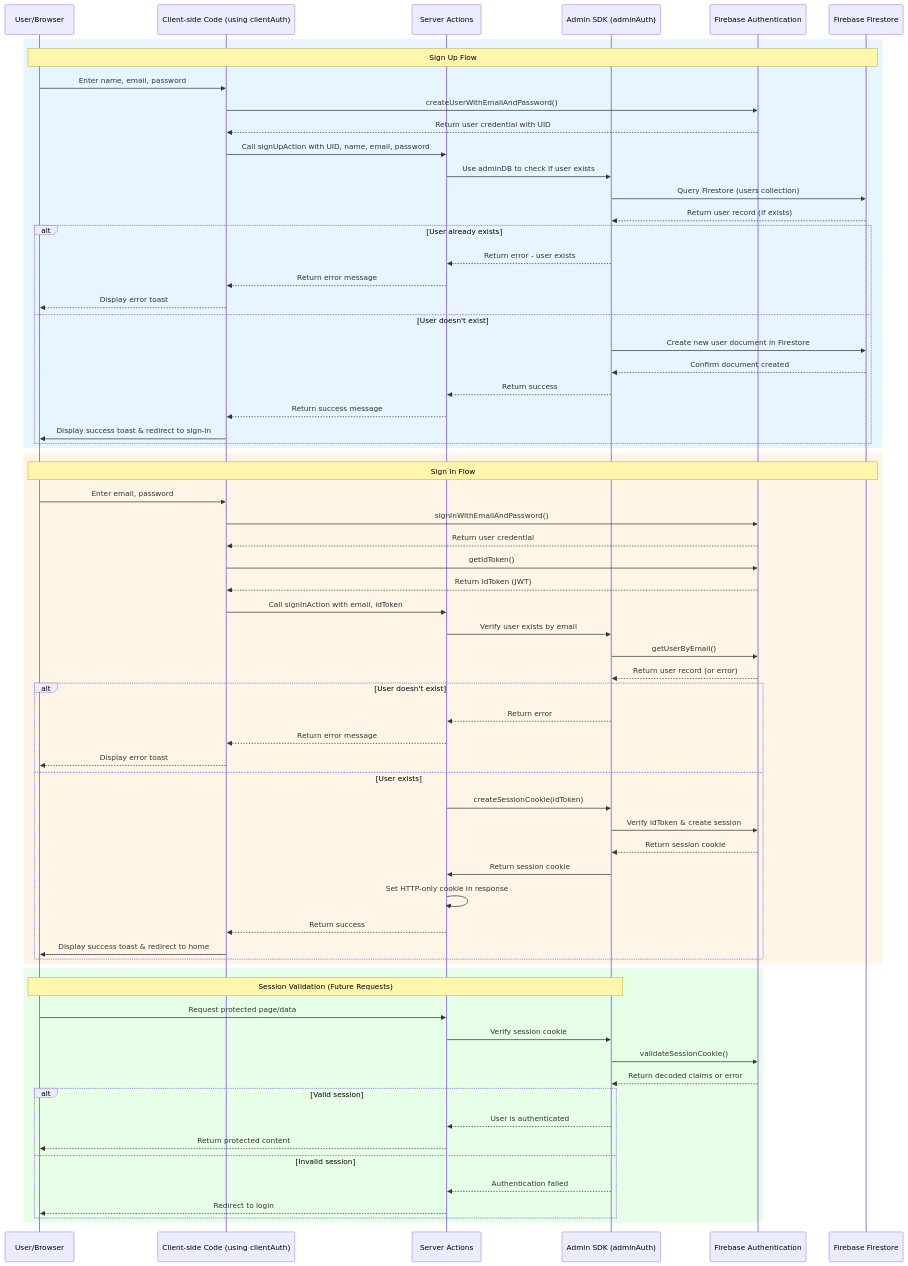
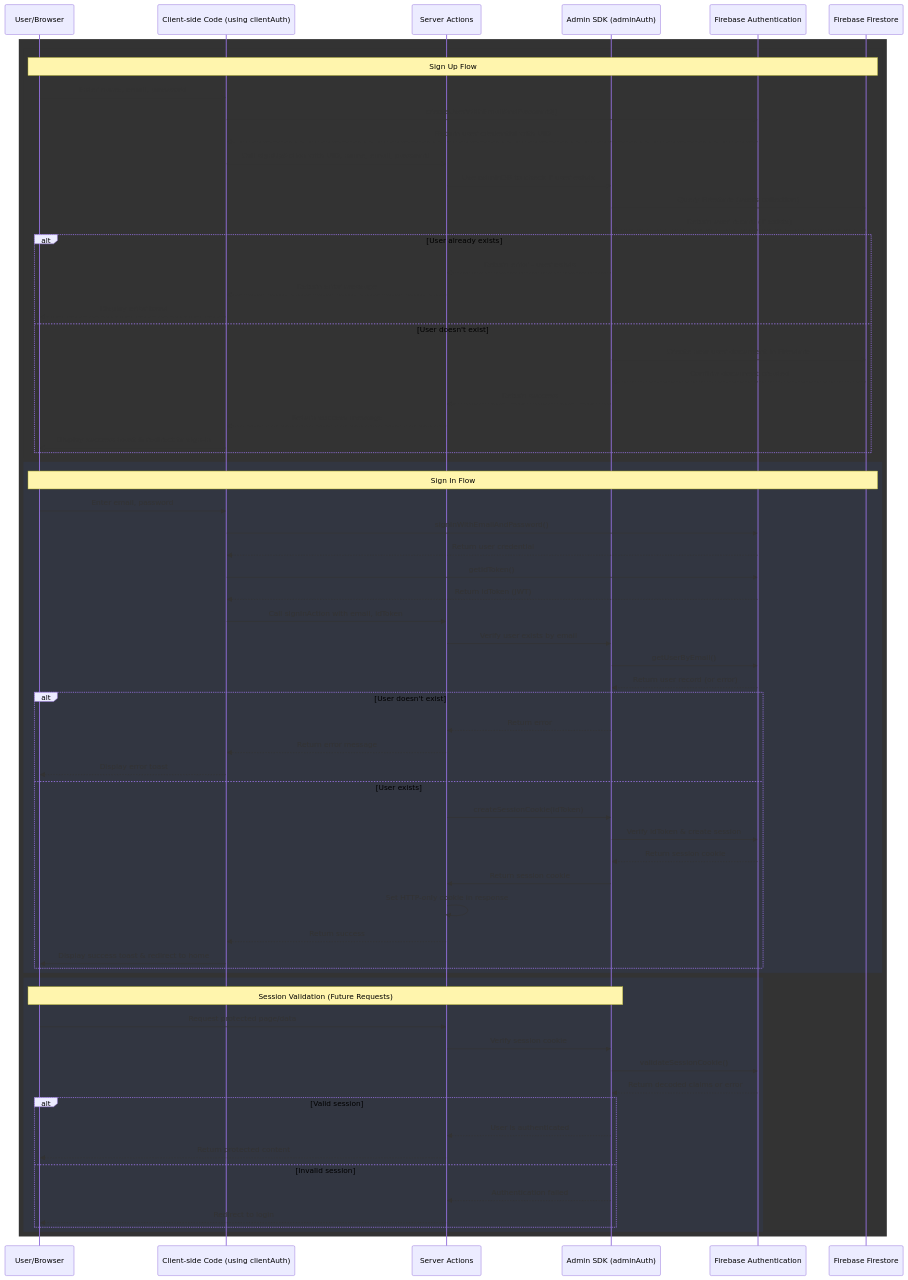
The diagram in README.md (KeepSerene/vox-navi-ai-interview-prep-next-app), drawn with Mermaid before and after one commit. The commit also changed other lines of this file and 4 other files, not shown here.

````diff
--- a/README.md
+++ b/README.md
@@ -50,8 +136,12 @@
 participant FirebaseAuth as Firebase Authentication
 participant FirebaseDB as Firebase Firestore
 
+%% Theme configuration for dark mode
+%% Using a dark gray background with light text
+rect rgb(40, 44, 52)  %% Dark gray background
+
     %% Sign Up Flow
-    rect rgb(230, 245, 255)
+    rect rgb(50, 54, 65)  %% Slightly lighter gray for section
     Note over User, FirebaseDB: Sign Up Flow
     User->>Client: Enter name, email, password
     Client->>FirebaseAuth: createUserWithEmailAndPassword()
@@ -75,7 +165,7 @@
     end
 
     %% Sign In Flow
-    rect rgb(255, 245, 230)
+    rect rgb(50, 54, 65)
     Note over User, FirebaseDB: Sign In Flow
     User->>Client: Enter email, password
     Client->>FirebaseAuth: signInWithEmailAndPassword()
@@ -103,7 +193,7 @@
     end
 
     %% Session Validation (on subsequent requests)
-    rect rgb(230, 255, 230)
+    rect rgb(50, 54, 65)
     Note over User, AdminSDK: Session Validation (Future Requests)
     User->>ServerAction: Request protected page/data
     ServerAction->>AdminSDK: Verify session cookie
@@ -118,4 +208,5 @@
         ServerAction-->>User: Redirect to login
     end
     end
+end
 ```
````
